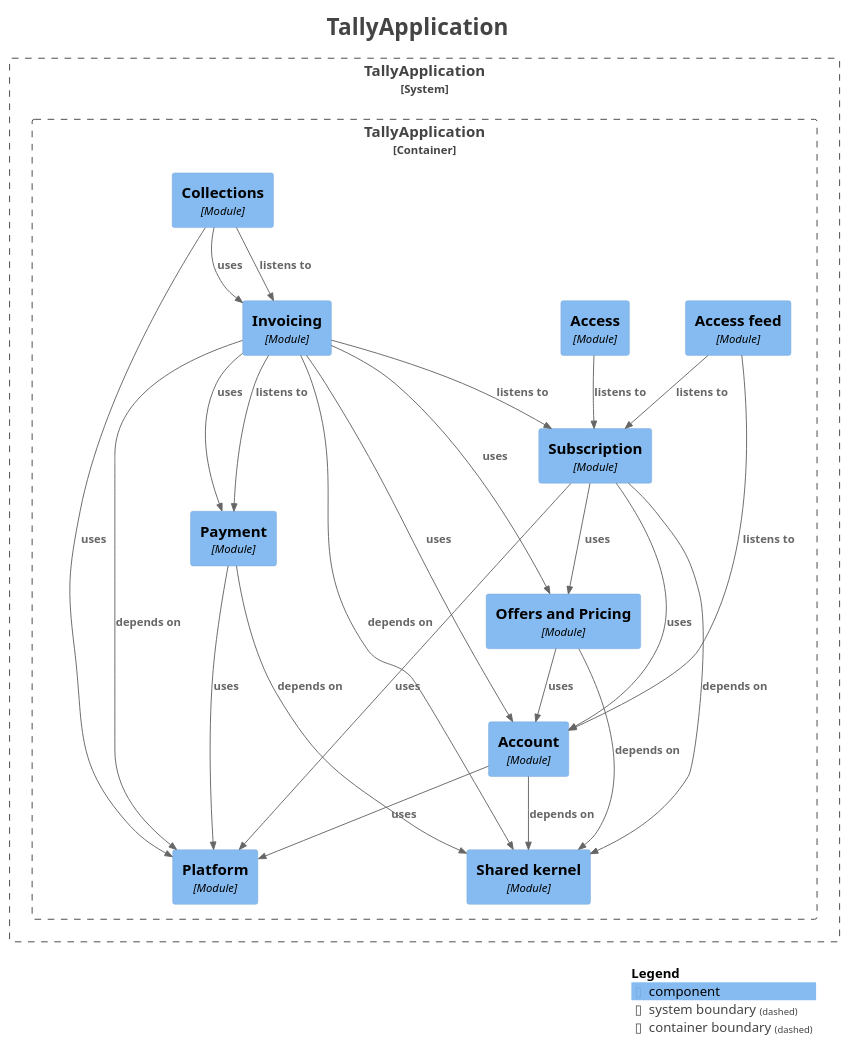
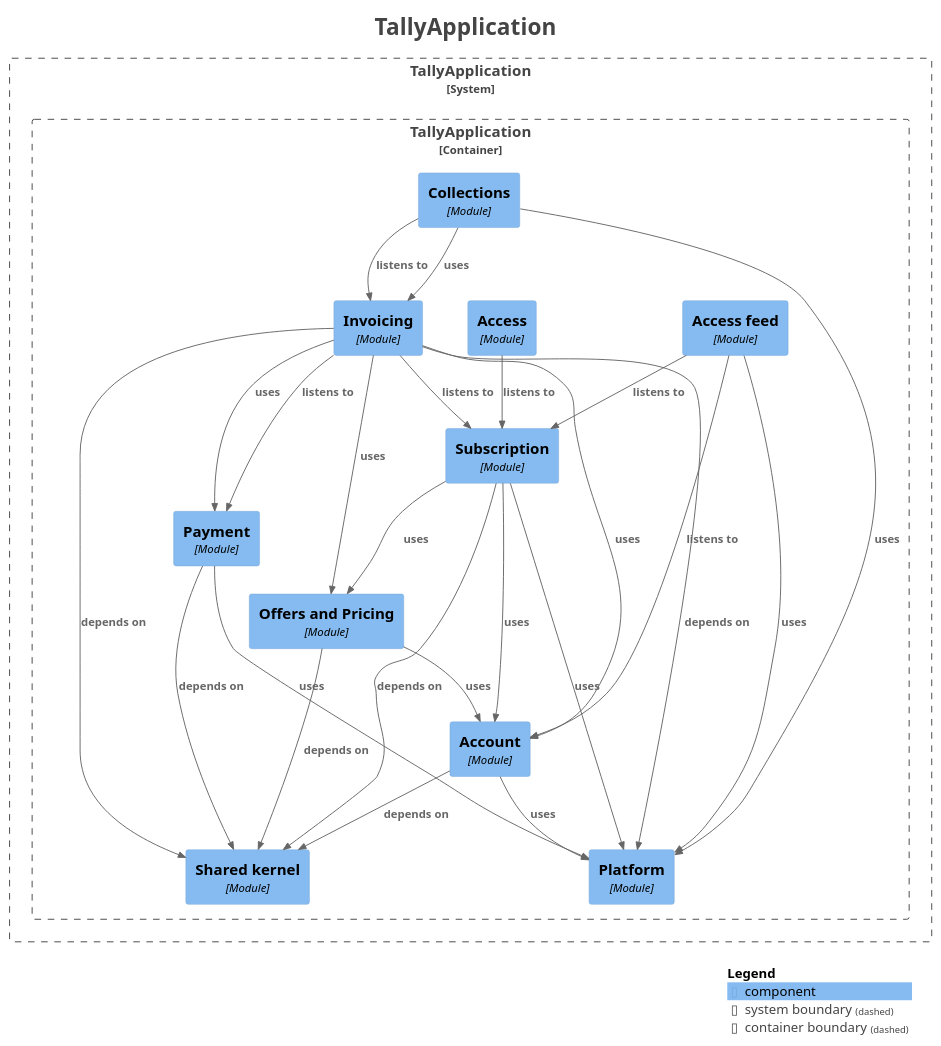
The diagram in docs/architecture/v2/components.puml (waleedarafa/tally), drawn with PlantUML before and after one commit. The commit also changed 24 other files, not shown here.

```diff
--- a/docs/architecture/v2/components.puml
+++ b/docs/architecture/v2/components.puml
@@ -1,60 +1,61 @@
 @startuml
 title <size:24>TallyApplication</size>
 
 set separator none
 top to bottom direction
 
 <style>
   root {
     BackgroundColor: #ffffff
     FontColor: #444444
   }
 </style>
 
 !include <C4/C4>
 !include <C4/C4_Context>
 !include <C4/C4_Component>
 
 System_Boundary("TallyApplication_boundary", "TallyApplication", $tags="") {
   Container_Boundary("TallyApplication.TallyApplication_boundary", "TallyApplication", $tags="") {
     Component(TallyApplication.TallyApplication.Access, "Access", $techn="Module", $descr="", $tags="", $link="")
     Component(TallyApplication.TallyApplication.Accessfeed, "Access feed", $techn="Module", $descr="", $tags="", $link="")
     Component(TallyApplication.TallyApplication.Account, "Account", $techn="Module", $descr="", $tags="", $link="")
     Component(TallyApplication.TallyApplication.Collections, "Collections", $techn="Module", $descr="", $tags="", $link="")
     Component(TallyApplication.TallyApplication.Invoicing, "Invoicing", $techn="Module", $descr="", $tags="", $link="")
     Component(TallyApplication.TallyApplication.OffersandPricing, "Offers and Pricing", $techn="Module", $descr="", $tags="", $link="")
     Component(TallyApplication.TallyApplication.Payment, "Payment", $techn="Module", $descr="", $tags="", $link="")
     Component(TallyApplication.TallyApplication.Platform, "Platform", $techn="Module", $descr="", $tags="", $link="")
     Component(TallyApplication.TallyApplication.Sharedkernel, "Shared kernel", $techn="Module", $descr="", $tags="", $link="")
     Component(TallyApplication.TallyApplication.Subscription, "Subscription", $techn="Module", $descr="", $tags="", $link="")
   }
 
 }
 
 Rel(TallyApplication.TallyApplication.Access, TallyApplication.TallyApplication.Subscription, "listens to", $techn="", $tags="", $link="")
 Rel(TallyApplication.TallyApplication.Accessfeed, TallyApplication.TallyApplication.Account, "listens to", $techn="", $tags="", $link="")
+Rel(TallyApplication.TallyApplication.Accessfeed, TallyApplication.TallyApplication.Platform, "uses", $techn="", $tags="", $link="")
 Rel(TallyApplication.TallyApplication.Accessfeed, TallyApplication.TallyApplication.Subscription, "listens to", $techn="", $tags="", $link="")
 Rel(TallyApplication.TallyApplication.Account, TallyApplication.TallyApplication.Platform, "uses", $techn="", $tags="", $link="")
 Rel(TallyApplication.TallyApplication.Account, TallyApplication.TallyApplication.Sharedkernel, "depends on", $techn="", $tags="", $link="")
 Rel(TallyApplication.TallyApplication.Collections, TallyApplication.TallyApplication.Invoicing, "listens to", $techn="", $tags="", $link="")
 Rel(TallyApplication.TallyApplication.Collections, TallyApplication.TallyApplication.Invoicing, "uses", $techn="", $tags="", $link="")
 Rel(TallyApplication.TallyApplication.Collections, TallyApplication.TallyApplication.Platform, "uses", $techn="", $tags="", $link="")
 Rel(TallyApplication.TallyApplication.Invoicing, TallyApplication.TallyApplication.Account, "uses", $techn="", $tags="", $link="")
 Rel(TallyApplication.TallyApplication.Invoicing, TallyApplication.TallyApplication.OffersandPricing, "uses", $techn="", $tags="", $link="")
 Rel(TallyApplication.TallyApplication.Invoicing, TallyApplication.TallyApplication.Payment, "listens to", $techn="", $tags="", $link="")
 Rel(TallyApplication.TallyApplication.Invoicing, TallyApplication.TallyApplication.Payment, "uses", $techn="", $tags="", $link="")
 Rel(TallyApplication.TallyApplication.Invoicing, TallyApplication.TallyApplication.Platform, "depends on", $techn="", $tags="", $link="")
 Rel(TallyApplication.TallyApplication.Invoicing, TallyApplication.TallyApplication.Sharedkernel, "depends on", $techn="", $tags="", $link="")
 Rel(TallyApplication.TallyApplication.Invoicing, TallyApplication.TallyApplication.Subscription, "listens to", $techn="", $tags="", $link="")
 Rel(TallyApplication.TallyApplication.OffersandPricing, TallyApplication.TallyApplication.Account, "uses", $techn="", $tags="", $link="")
 Rel(TallyApplication.TallyApplication.OffersandPricing, TallyApplication.TallyApplication.Sharedkernel, "depends on", $techn="", $tags="", $link="")
 Rel(TallyApplication.TallyApplication.Payment, TallyApplication.TallyApplication.Platform, "uses", $techn="", $tags="", $link="")
 Rel(TallyApplication.TallyApplication.Payment, TallyApplication.TallyApplication.Sharedkernel, "depends on", $techn="", $tags="", $link="")
 Rel(TallyApplication.TallyApplication.Subscription, TallyApplication.TallyApplication.Account, "uses", $techn="", $tags="", $link="")
 Rel(TallyApplication.TallyApplication.Subscription, TallyApplication.TallyApplication.OffersandPricing, "uses", $techn="", $tags="", $link="")
 Rel(TallyApplication.TallyApplication.Subscription, TallyApplication.TallyApplication.Platform, "uses", $techn="", $tags="", $link="")
 Rel(TallyApplication.TallyApplication.Subscription, TallyApplication.TallyApplication.Sharedkernel, "depends on", $techn="", $tags="", $link="")
 
 SHOW_LEGEND(true)
 hide stereotypes
 @enduml
```
